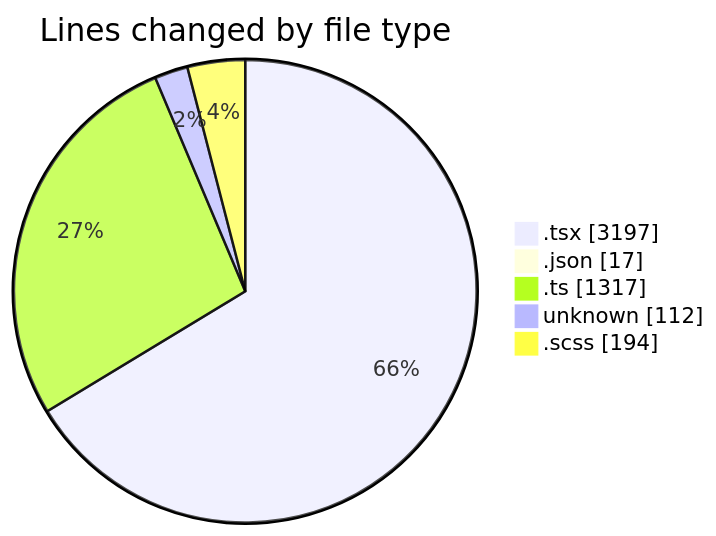
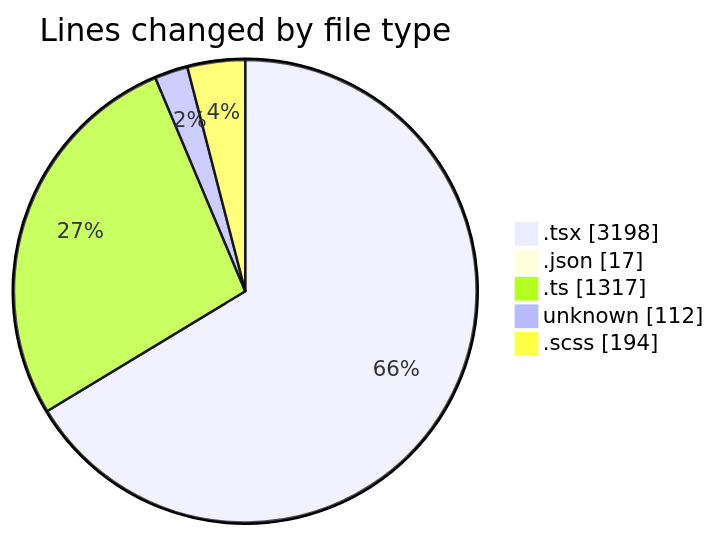
Before and after one commit to momahboobian/code-tracking: the first of 2 diagrams in 2026-04-30/cda/README.md, drawn with Mermaid. The commit also changed other lines of this file and 1 other file, not shown here.

````diff
--- a/2026-04-30/cda/README.md
+++ b/2026-04-30/cda/README.md
@@ -59,9 +59,9 @@
 ```mermaid
 pie showData
 title Lines changed by file type
-".tsx" : 3197
+".tsx" : 3198
 ".json" : 17
 ".ts" : 1317
 "unknown" : 112
 ".scss" : 194
 ```
````
